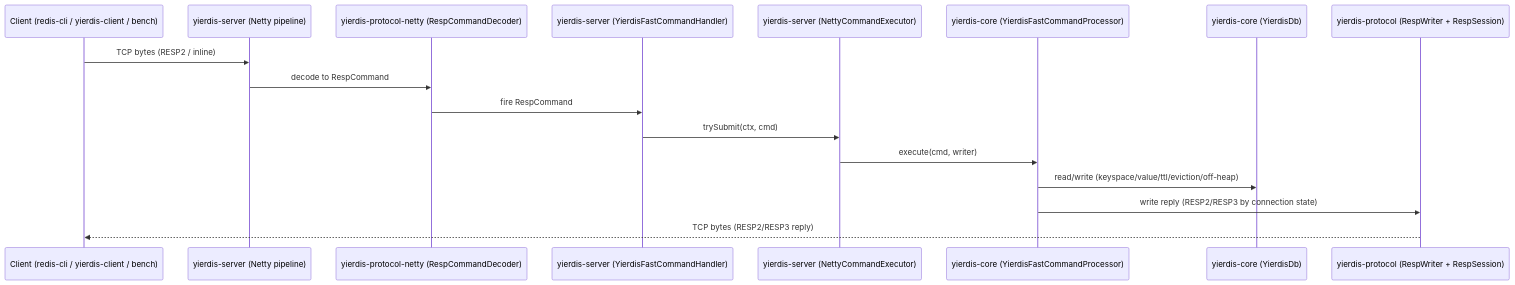
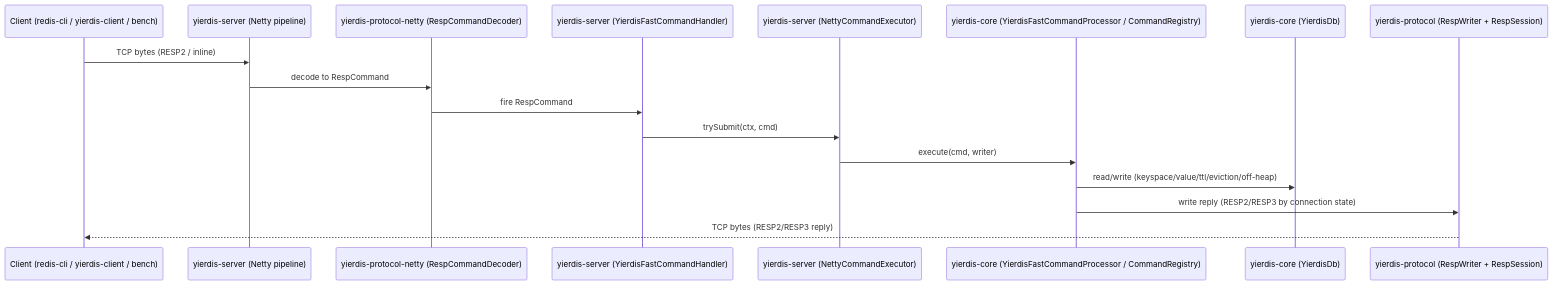
Before and after one commit to skt-shinyruo/Yierdis: the second of 2 diagrams in helloagents/wiki/arch.md, drawn with Mermaid. The commit also changed other lines of this file and 65 other files, not shown here.

First line of the commit message:
arch: split fast command processor into modules

````diff
--- a/helloagents/wiki/arch.md
+++ b/helloagents/wiki/arch.md
@@ -71,20 +71,20 @@
 ```mermaid
 sequenceDiagram
   participant Client as Client (redis-cli / yierdis-client / bench)
   participant Netty as yierdis-server (Netty pipeline)
   participant Decoder as yierdis-protocol-netty (RespCommandDecoder)
   participant Handler as yierdis-server (YierdisFastCommandHandler)
   participant Exec as yierdis-server (NettyCommandExecutor)
-  participant Processor as yierdis-core (YierdisFastCommandProcessor)
+  participant Processor as yierdis-core (YierdisFastCommandProcessor / CommandRegistry)
   participant DB as yierdis-core (YierdisDb)
   participant Writer as yierdis-protocol (RespWriter + RespSession)
 
   Client->>Netty: TCP bytes (RESP2 / inline)
   Netty->>Decoder: decode to RespCommand
   Decoder->>Handler: fire RespCommand
   Handler->>Exec: trySubmit(ctx, cmd)
   Exec->>Processor: execute(cmd, writer)
   Processor->>DB: read/write (keyspace/value/ttl/eviction/off-heap)
   Processor->>Writer: write reply (RESP2/RESP3 by connection state)
   Writer-->>Client: TCP bytes (RESP2/RESP3 reply)
 ```
````
